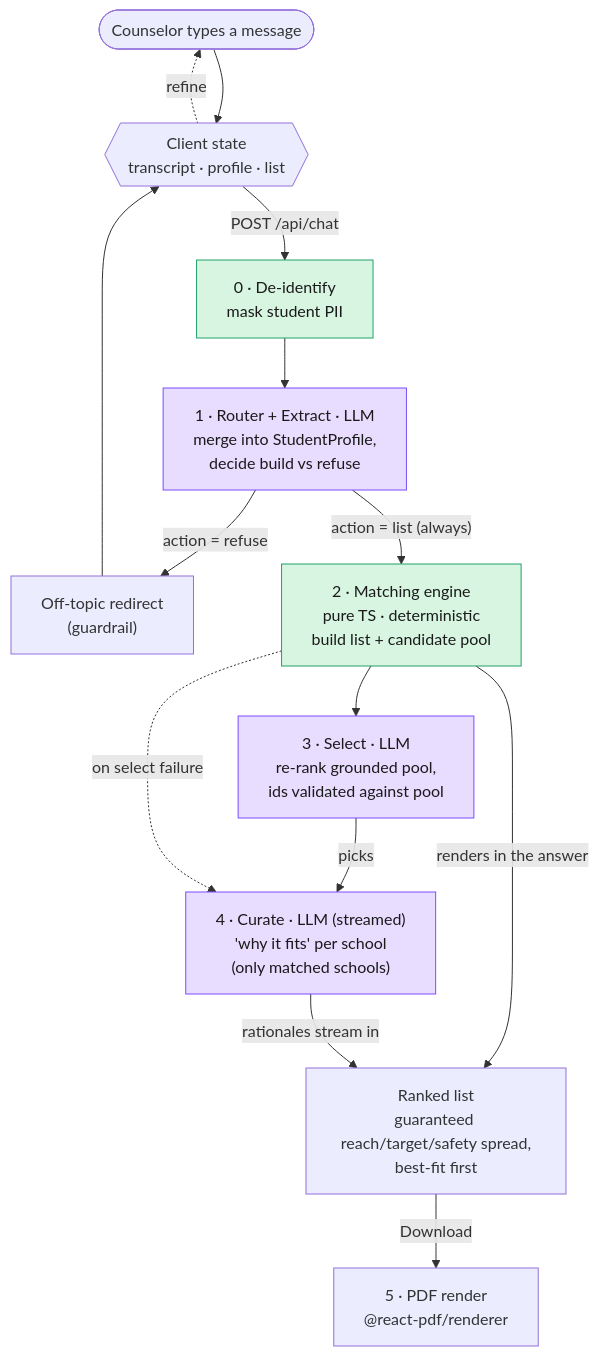
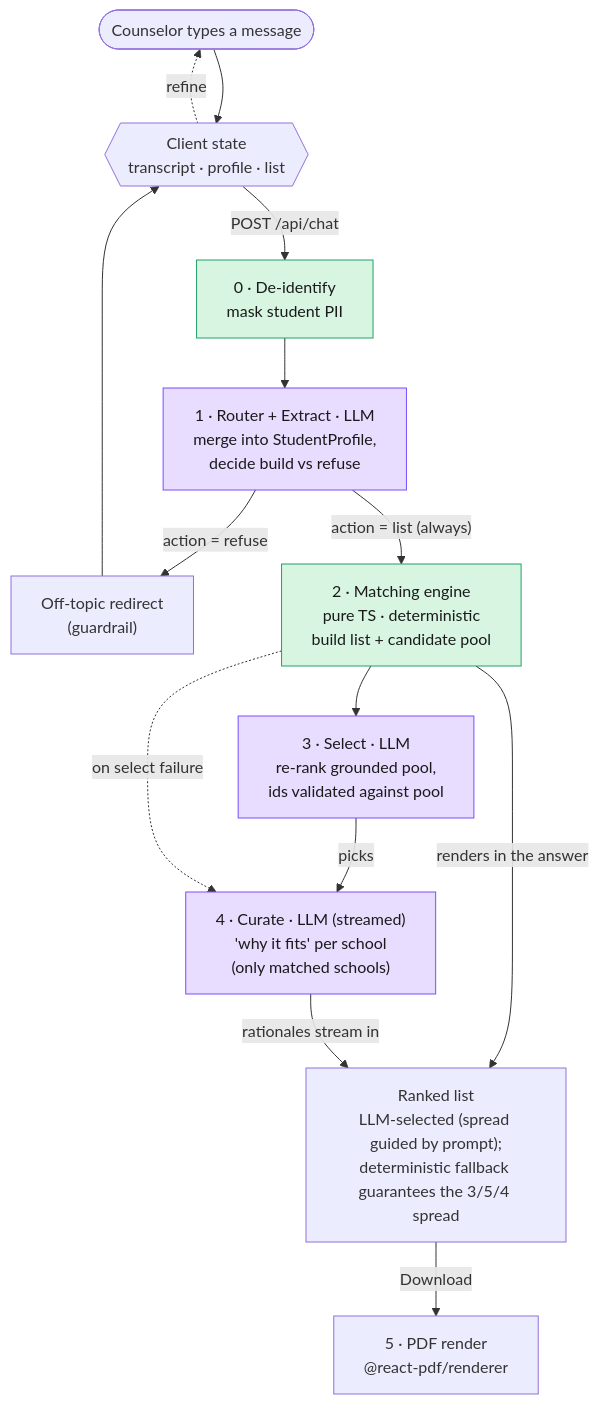
Before and after one commit to syldysnya/college-list-builder: the first of 3 diagrams in docs/architecture.md, drawn with Mermaid. The commit also changed 2 other files, not shown here.

Commit message:
feat: proximity-ranked candidate pool + larger recall so co-op schools reach the LLM
Rank the pool by proximity + prestige (poolScore), not the program-gated rankScore
— judging field relevance (incl. reputational strengths the data misses, like co-op)
is the LLM's job in selection, so the pool must be a broad set of nearby realistic
schools, not pre-filtered by the noisy per-college program match. Raise POOL_PER_BUCKET
20 -> 40 so schools like RIT/NJIT/Northeastern reach the LLM's candidate set (a mid-stats
PA student has 20+ higher-prestige nearby target schools that otherwise crowd them out).

Also clarify the architecture diagram: the LLM-selected list's spread is prompt-guided;
the deterministic fallback guarantees the 3/5/4 spread (review nit).

````diff
--- a/docs/architecture.md
+++ b/docs/architecture.md
@@ -13,22 +13,22 @@
 ```mermaid
 flowchart TD
     U([Counselor types a message]) --> C{{"Client state<br/>transcript · profile · list"}}
     C -->|"POST /api/chat"| D["0 · De-identify<br/>mask student PII"]
     D --> R["1 · Router + Extract · LLM<br/>merge into StudentProfile,<br/>decide build vs refuse"]
     R -->|"action = refuse"| Q["Off-topic redirect<br/>(guardrail)"]
     Q --> C
     R -->|"action = list (always)"| M["2 · Matching engine<br/>pure TS · deterministic<br/>build list + candidate pool"]
-    M -->|"renders in the answer"| P["Ranked list<br/>guaranteed reach/target/safety spread,<br/>best-fit first"]
+    M -->|"renders in the answer"| P["Ranked list<br/>LLM-selected (spread guided by prompt);<br/>deterministic fallback guarantees the 3/5/4 spread"]
     M --> S["3 · Select · LLM<br/>re-rank grounded pool,<br/>ids validated against pool"]
     S -->|"picks"| CU["4 · Curate · LLM (streamed)<br/>'why it fits' per school<br/>(only matched schools)"]
     M -.->|"on select failure"| CU
     CU -->|"rationales stream in"| P
     P -->|"Download"| PDF["5 · PDF render<br/>@react-pdf/renderer"]
 
     C -.refine.-> U
 
     classDef llm fill:#e8dcff,stroke:#7c4dff,color:#1a1a1a;
     classDef pure fill:#d7f5e0,stroke:#22a06b,color:#1a1a1a;
     class R,S,CU llm;
     class M,D pure;
 ```
````
